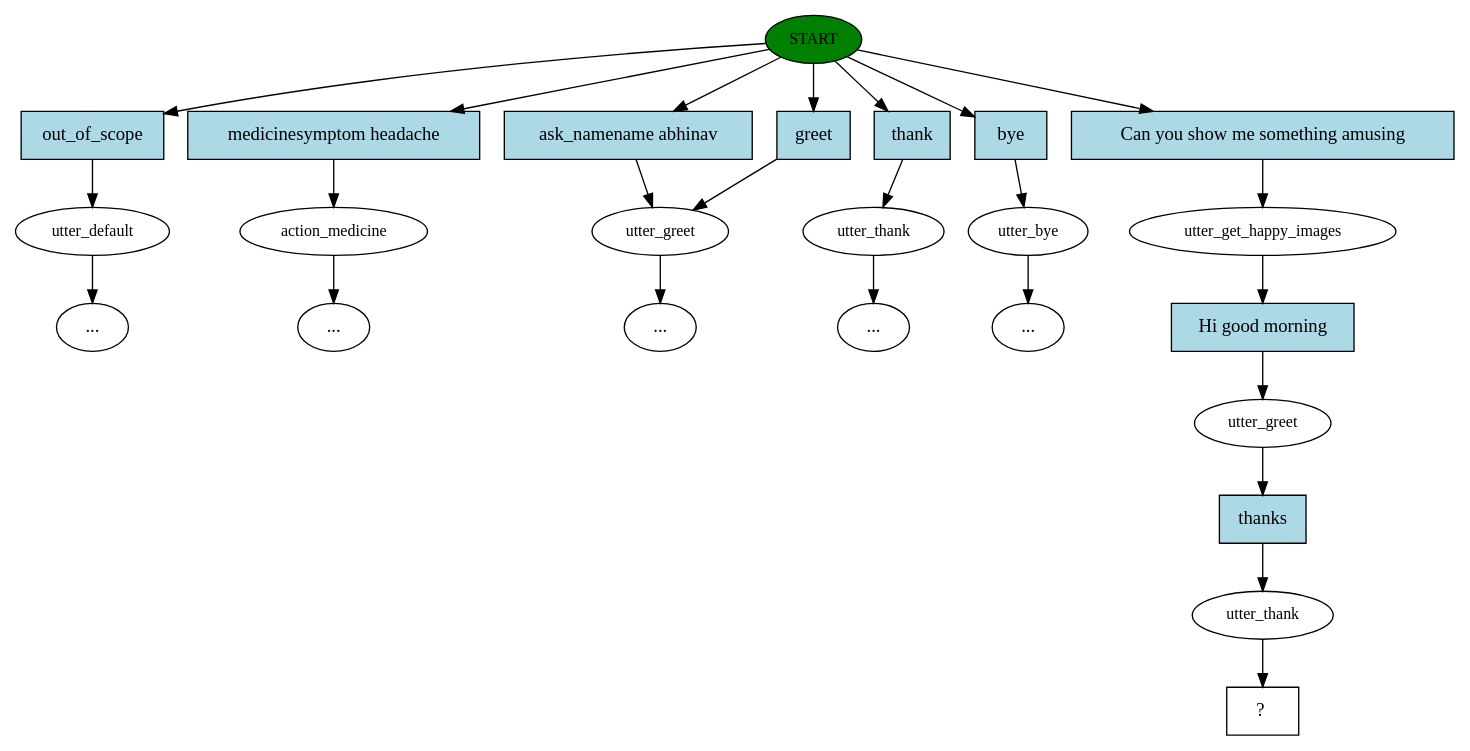
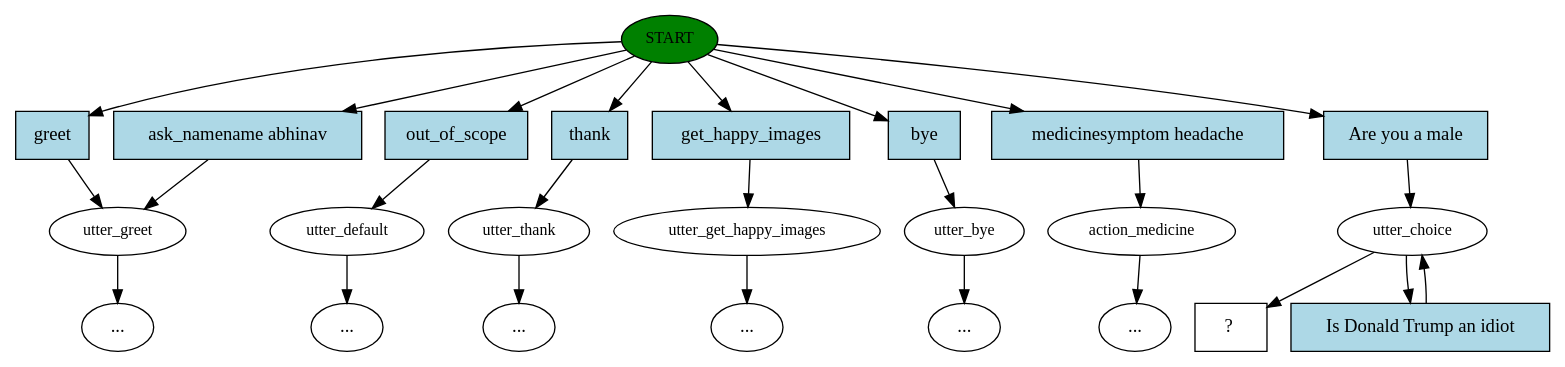
The diagram in story_graph.dot (Arunkumar0258/healthbot), drawn with Graphviz before and after one commit. The commit also changed 15 other files, not shown here.

```diff
--- a/story_graph.dot
+++ b/story_graph.dot
@@ -1,50 +1,51 @@
 digraph  {
-0 [style=filled, fillcolor=green, fontsize=12, label=START, class="start active"];
-1 [label=utter_default, fontsize=12, class=""];
-2 [label=action_medicine, fontsize=12, class=""];
-3 [label=utter_greet, fontsize=12, class=""];
-5 [label=utter_thank, fontsize=12, class=""];
-9 [label=utter_bye, fontsize=12, class=""];
-10 [label=utter_get_happy_images, fontsize=12, class=active];
-11 [label=utter_greet, fontsize=12, class=active];
-12 [label=utter_thank, fontsize=12, class=active];
-13 [shape=rect, label="  ?  ", class="intent dashed active"];
-14 [style=filled, shape=rect, fillcolor=lightblue, label=out_of_scope, class=intent];
-15 [style=filled, shape=rect, fillcolor=lightblue, label="medicinesymptom headache", class=intent];
-16 [style=filled, shape=rect, fillcolor=lightblue, label="ask_namename abhinav", class=intent];
-17 [style=filled, shape=rect, fillcolor=lightblue, label=greet, class=intent];
-18 [style=filled, shape=rect, fillcolor=lightblue, label=thank, class=intent];
-19 [style=filled, shape=rect, fillcolor=lightblue, label=bye, class=intent];
-20 [style=filled, shape=rect, fillcolor=lightblue, label="Can you show me something amusing", class="intent active"];
-21 [style=filled, shape=rect, fillcolor=lightblue, label="Hi good morning", class="intent active"];
-22 [style=filled, shape=rect, fillcolor=lightblue, label=thanks, class="intent active"];
+0 [fontsize=12, fillcolor=green, label=START, style=filled, class="start active"];
+1 [fontsize=12, label=utter_greet, class=""];
+2 [fontsize=12, label=utter_default, class=""];
+4 [fontsize=12, label=utter_thank, class=""];
+5 [fontsize=12, label=utter_get_happy_images, class=""];
+7 [fontsize=12, label=utter_bye, class=""];
+8 [fontsize=12, label=action_medicine, class=""];
+11 [fontsize=12, label=utter_choice, class=active];
+14 [shape=rect, label="  ?  ", class="intent dashed active"];
+15 [shape=rect, fillcolor=lightblue, label=greet, style=filled, class=intent];
+16 [shape=rect, fillcolor=lightblue, label="ask_namename abhinav", style=filled, class=intent];
+17 [shape=rect, fillcolor=lightblue, label=out_of_scope, style=filled, class=intent];
+18 [shape=rect, fillcolor=lightblue, label=thank, style=filled, class=intent];
+19 [shape=rect, fillcolor=lightblue, label=get_happy_images, style=filled, class=intent];
+20 [shape=rect, fillcolor=lightblue, label=bye, style=filled, class=intent];
+21 [shape=rect, fillcolor=lightblue, label="medicinesymptom headache", style=filled, class=intent];
+22 [shape=rect, fillcolor=lightblue, label="Are you a male", style=filled, class="intent active"];
+23 [shape=rect, fillcolor=lightblue, label="Is Donald Trump an idiot", style=filled, class="intent active"];
+"-12" [label="...", class=ellipsis];
 "-10" [label="...", class=ellipsis];
-"-8" [label="...", class=ellipsis];
+"-9" [label="...", class=ellipsis];
 "-7" [label="...", class=ellipsis];
-"-4" [label="...", class=ellipsis];
-"-11" [label="...", class=ellipsis];
-0 -> 14  [key=0, class=""];
+"-6" [label="...", class=ellipsis];
+"-5" [label="...", class=ellipsis];
 0 -> 15  [key=0, class=""];
 0 -> 16  [key=0, class=""];
 0 -> 17  [key=0, class=""];
 0 -> 18  [key=0, class=""];
 0 -> 19  [key=0, class=""];
-0 -> 20  [key=0, class=active];
-1 -> "-8"  [key=NONE, label="", class=""];
-2 -> "-4"  [key=NONE, label="", class=""];
-3 -> "-10"  [key=NONE, label="", class=""];
+0 -> 20  [key=0, class=""];
+0 -> 21  [key=0, class=""];
+0 -> 22  [key=0, class=active];
+1 -> "-12"  [key=NONE, label="", class=""];
+2 -> "-5"  [key=NONE, label="", class=""];
+4 -> "-6"  [key=NONE, label="", class=""];
 5 -> "-7"  [key=NONE, label="", class=""];
-9 -> "-11"  [key=NONE, label="", class=""];
-10 -> 21  [key=0, class=active];
-11 -> 22  [key=0, class=active];
-12 -> 13  [key=NONE, label="", class=active];
-14 -> 1  [key=0, class=""];
-15 -> 2  [key=0, class=""];
-16 -> 3  [key=0, class=""];
-17 -> 3  [key=0, class=""];
-18 -> 5  [key=0, class=""];
-19 -> 9  [key=0, class=""];
-20 -> 10  [key=0, class=active];
-21 -> 11  [key=0, class=active];
-22 -> 12  [key=0, class=active];
+7 -> "-9"  [key=NONE, label="", class=""];
+8 -> "-10"  [key=NONE, label="", class=""];
+11 -> 14  [key=NONE, label="", class=active];
+11 -> 23  [key=0, class=active];
+15 -> 1  [key=0, class=""];
+16 -> 1  [key=0, class=""];
+17 -> 2  [key=0, class=""];
+18 -> 4  [key=0, class=""];
+19 -> 5  [key=0, class=""];
+20 -> 7  [key=0, class=""];
+21 -> 8  [key=0, class=""];
+22 -> 11  [key=0, class=active];
+23 -> 11  [key=0, class=active];
 }
```
